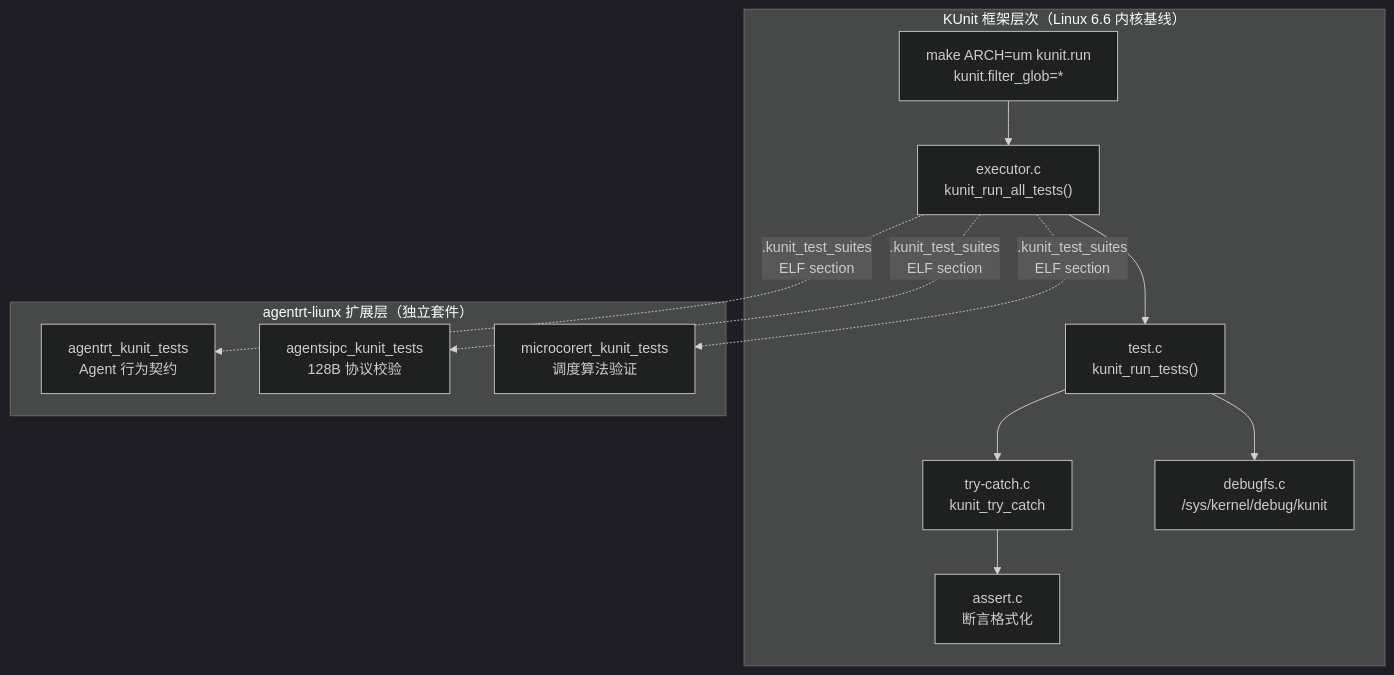
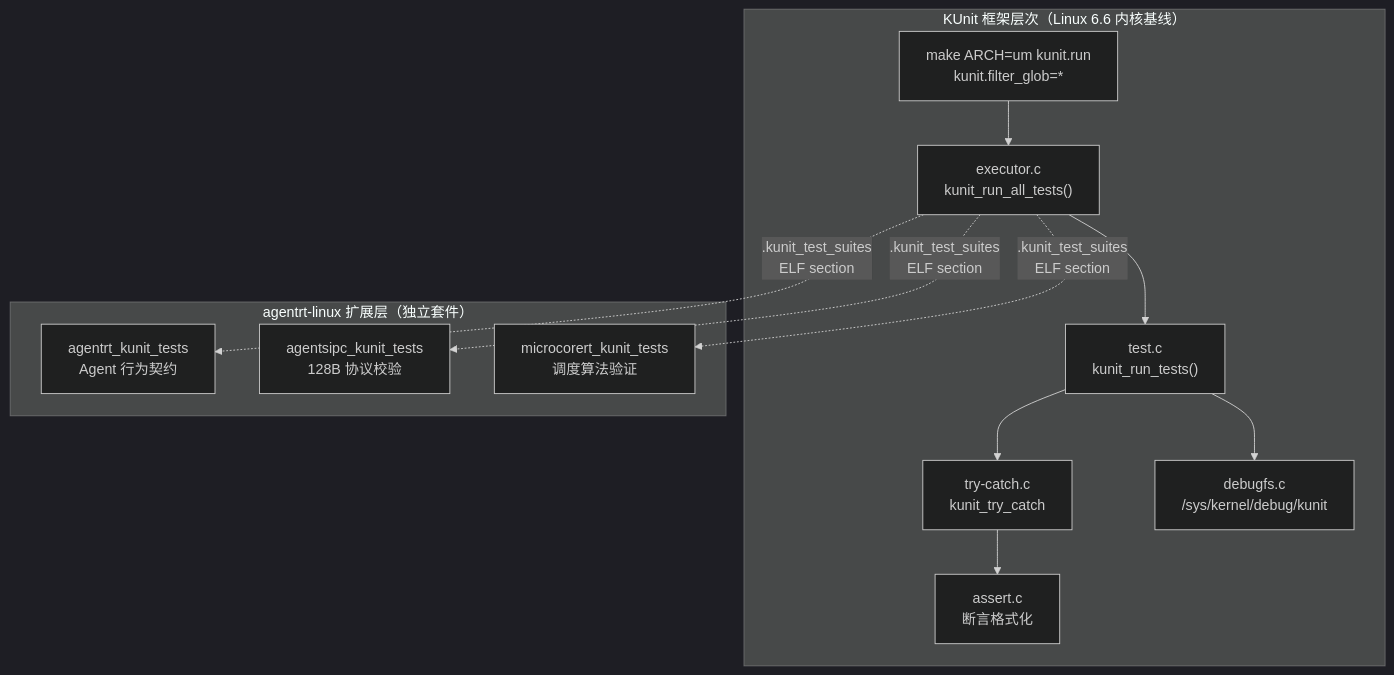
The first of 2 diagrams in AirymaxOS/80-testing/01-kunit-framework.md (openairymax/docs), drawn with Mermaid (dark theme) before and after one commit. The commit also changed other lines of this file and 75 other files, not shown here.

````diff
--- a/AirymaxOS/80-testing/01-kunit-framework.md
+++ b/AirymaxOS/80-testing/01-kunit-framework.md
@@ -43,21 +43,21 @@
 ```mermaid
 flowchart TB
     subgraph "KUnit 框架层次（Linux 6.6 内核基线）"
         A["make ARCH=um kunit.run<br/>kunit.filter_glob=*"]
         B["executor.c<br/>kunit_run_all_tests()"]
         C["test.c<br/>kunit_run_tests()"]
         D["try-catch.c<br/>kunit_try_catch"]
         E["assert.c<br/>断言格式化"]
         F["debugfs.c<br/>/sys/kernel/debug/kunit"]
     end
     A --> B --> C --> D --> E
     C --> F
-    subgraph "agentrt-liunx 扩展层（独立套件）"
+    subgraph "agentrt-linux 扩展层（独立套件）"
         H["agentrt_kunit_tests<br/>Agent 行为契约"]
         I["agentsipc_kunit_tests<br/>128B 协议校验"]
         J["microcorert_kunit_tests<br/>调度算法验证"]
     end
     B -.->|.kunit_test_suites<br/>ELF section| H
     B -.->|.kunit_test_suites<br/>ELF section| I
     B -.->|.kunit_test_suites<br/>ELF section| J
 ```
````
